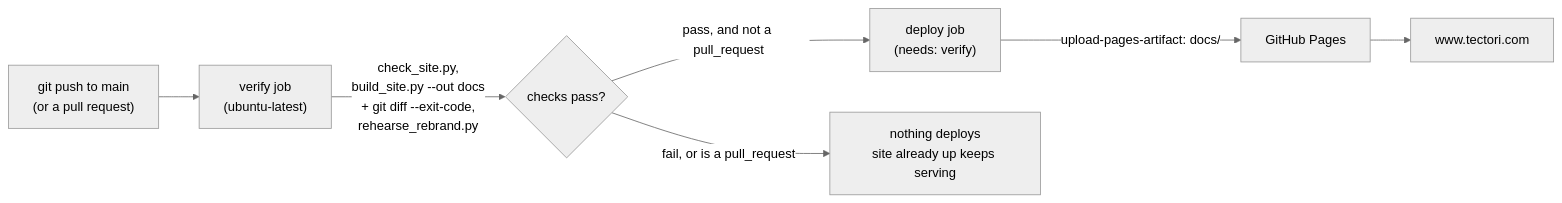
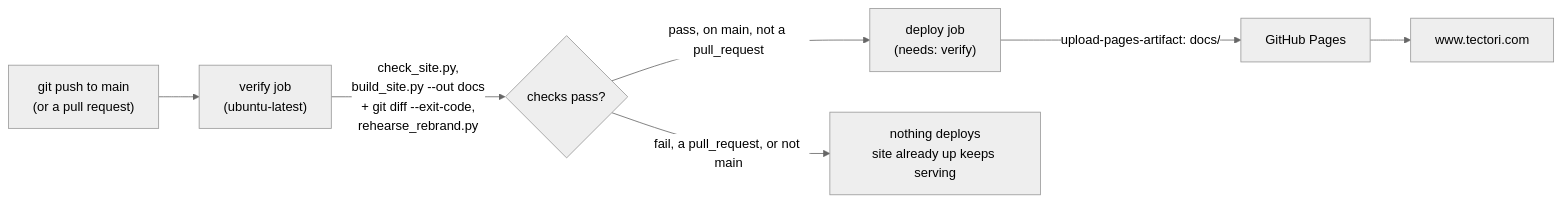
One commit to k3rt4s/tectori changed the second of 3 diagrams in ARCHITECTURE.md. Above: the diagram before and after it, drawn with Mermaid (neutral theme). The commit also changed other lines of this file and 3 other files, not shown here.

````diff
--- a/ARCHITECTURE.md
+++ b/ARCHITECTURE.md
@@ -65,16 +65,16 @@
 ```mermaid
 flowchart LR
     push["git push to main\n(or a pull request)"]
     verify["verify job\n(ubuntu-latest)"]
     gate{"checks pass?"}
     deploy["deploy job\n(needs: verify)"]
     pages["GitHub Pages"]
     live["www.tectori.com"]
 
     push --> verify
     verify -->|"check_site.py,\nbuild_site.py --out docs\n+ git diff --exit-code,\nrehearse_rebrand.py"| gate
-    gate -->|"pass, and not a pull_request"| deploy
-    gate -->|"fail, or is a pull_request"| stop["nothing deploys\nsite already up keeps serving"]
+    gate -->|"pass, on main, not a pull_request"| deploy
+    gate -->|"fail, a pull_request, or not main"| stop["nothing deploys\nsite already up keeps serving"]
     deploy -->|"upload-pages-artifact: docs/"| pages
     pages --> live
 ```
````
